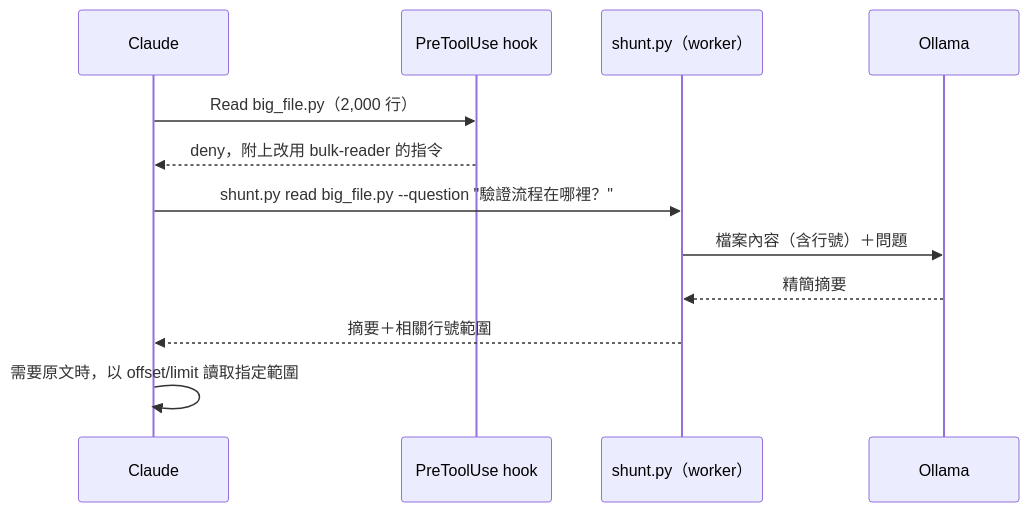
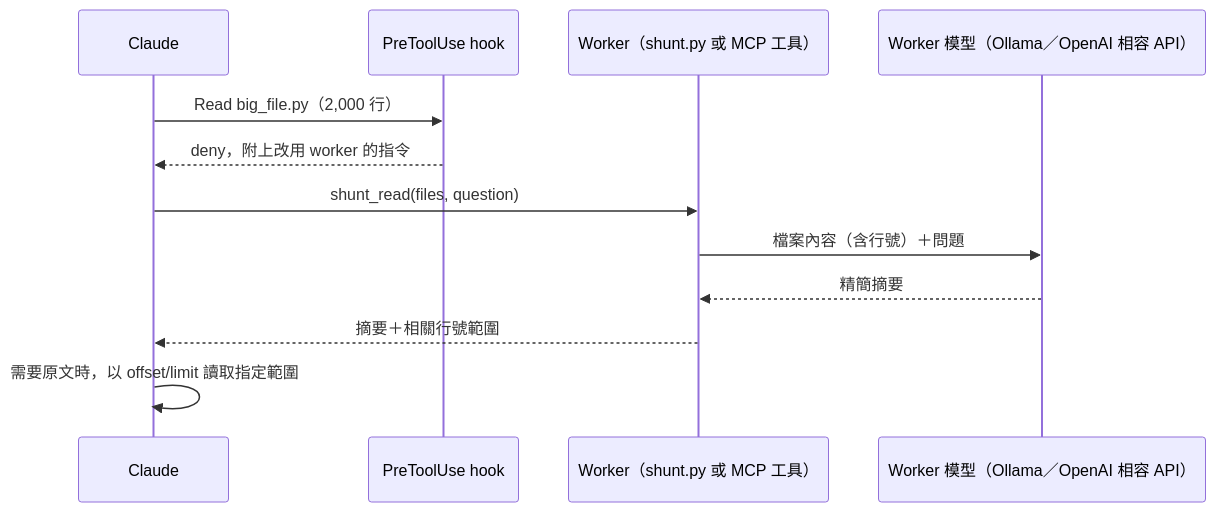
Before and after one commit to cofemei/local-shunt: the diagram in README.md, drawn with Mermaid. The commit also changed other lines of this file and 1 other file, not shown here.

First line of the commit message:
Document external APIs, MCP server and verification results

````diff
--- a/README.md
+++ b/README.md
@@ -31,15 +34,15 @@
 ```mermaid
 sequenceDiagram
     participant C as Claude
     participant H as PreToolUse hook
-    participant W as shunt.py（worker）
-    participant O as Ollama
+    participant W as Worker（shunt.py 或 MCP 工具）
+    participant M as Worker 模型（Ollama／OpenAI 相容 API）
 
     C->>H: Read big_file.py（2,000 行）
-    H-->>C: deny，附上改用 bulk-reader 的指令
-    C->>W: shunt.py read big_file.py --question "驗證流程在哪裡？"
-    W->>O: 檔案內容（含行號）＋問題
-    O-->>W: 精簡摘要
+    H-->>C: deny，附上改用 worker 的指令
+    C->>W: shunt_read(files, question)
+    W->>M: 檔案內容（含行號）＋問題
+    M-->>W: 精簡摘要
     W-->>C: 摘要＋相關行號範圍
     C->>C: 需要原文時，以 offset/limit 讀取指定範圍
 ```
````
